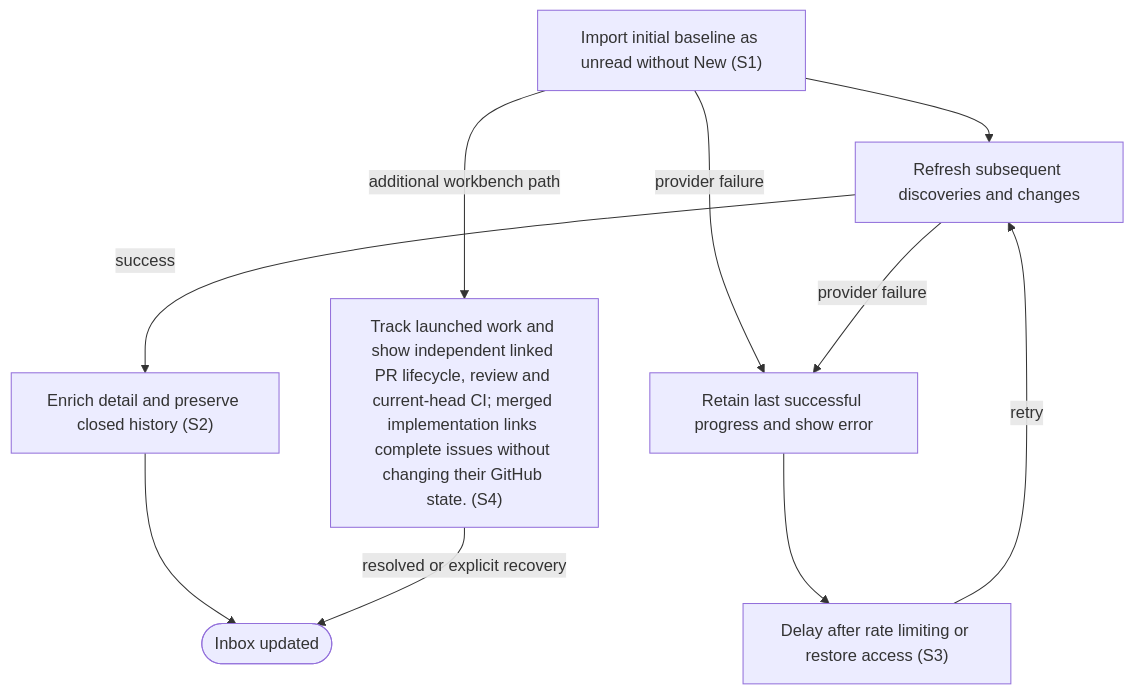
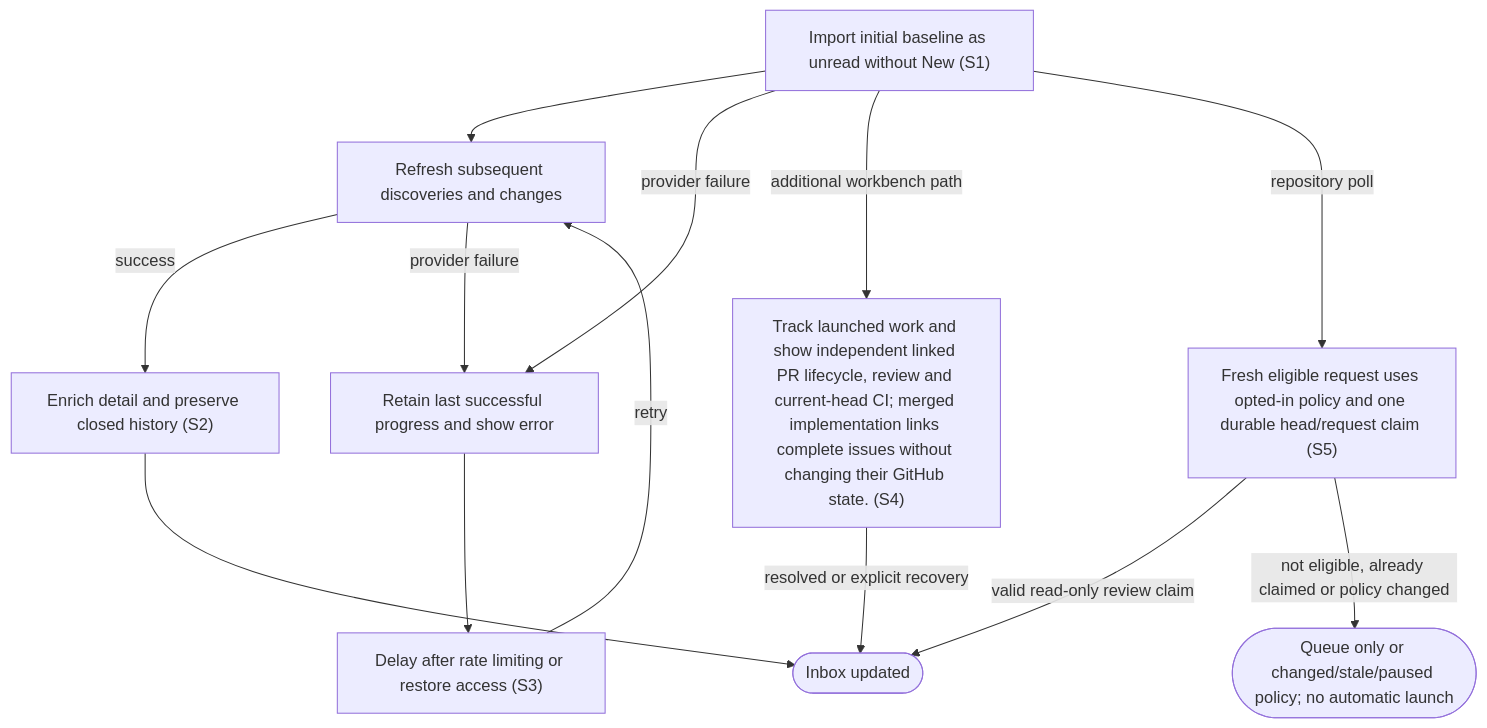
One commit to dk-code-factory/code-factory-plugin changed the diagram in docs/user-flows/sync-inbox.md. Above: the diagram before and after it, drawn with Mermaid. The commit also changed other lines of this file and 71 other files, not shown here.

````diff
--- a/docs/user-flows/sync-inbox.md
+++ b/docs/user-flows/sync-inbox.md
@@ -38,19 +40,24 @@
 ```mermaid
 flowchart TD
     N0["Import initial baseline as unread without New #40;S1#41;"]
     N1["Refresh subsequent discoveries and changes"]
     N2["Enrich detail and preserve closed history #40;S2#41;"]
     N3["Retain last successful progress and show error"]
     N4["Delay after rate limiting or restore access #40;S3#41;"]
     N5(["Inbox updated"])
     N6["Track launched work and show independent linked PR lifecycle, review and current-head CI#59; merged implementation links complete issues without changing their GitHub state. #40;S4#41;"]
+    N7["Fresh eligible request uses opted-in policy and one durable head/request claim #40;S5#41;"]
+    N8(["Queue only or changed/stale/paused policy#59; no automatic launch"])
     N0 --> N1
     N1 -->|"success"| N2
     N0 -->|"provider failure"| N3
     N1 -->|"provider failure"| N3
     N3 --> N4
     N4 -->|"retry"| N1
     N2 --> N5
     N0 -->|"additional workbench path"| N6
     N6 -->|"resolved or explicit recovery"| N5
+    N0 -->|"repository poll"| N7
+    N7 -->|"valid read-only review claim"| N5
+    N7 -->|"not eligible, already claimed or policy changed"| N8
 ```
````
